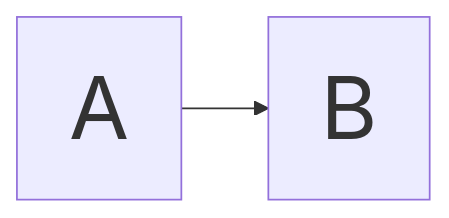
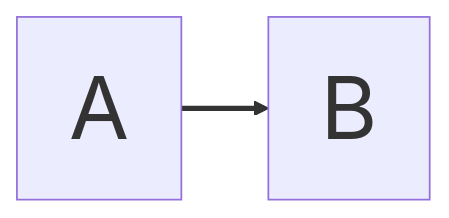
Before and after one commit to kadyb/adg2025: the first of 2 diagrams in wyklady/03_Relacje_przestrzenne.qmd, drawn with Mermaid. The commit also changed other lines of this file and 1 other file, not shown here.

````diff
--- a/wyklady/03_Relacje_przestrzenne.qmd
+++ b/wyklady/03_Relacje_przestrzenne.qmd
@@ -22,8 +22,9 @@
 ```{mermaid}
 %%| fig-align: center
 graph LR
     A --> B
     
     classDef box font-size:50px;
     class A,B box
+    linkStyle default stroke-width:3px
 ```
````
